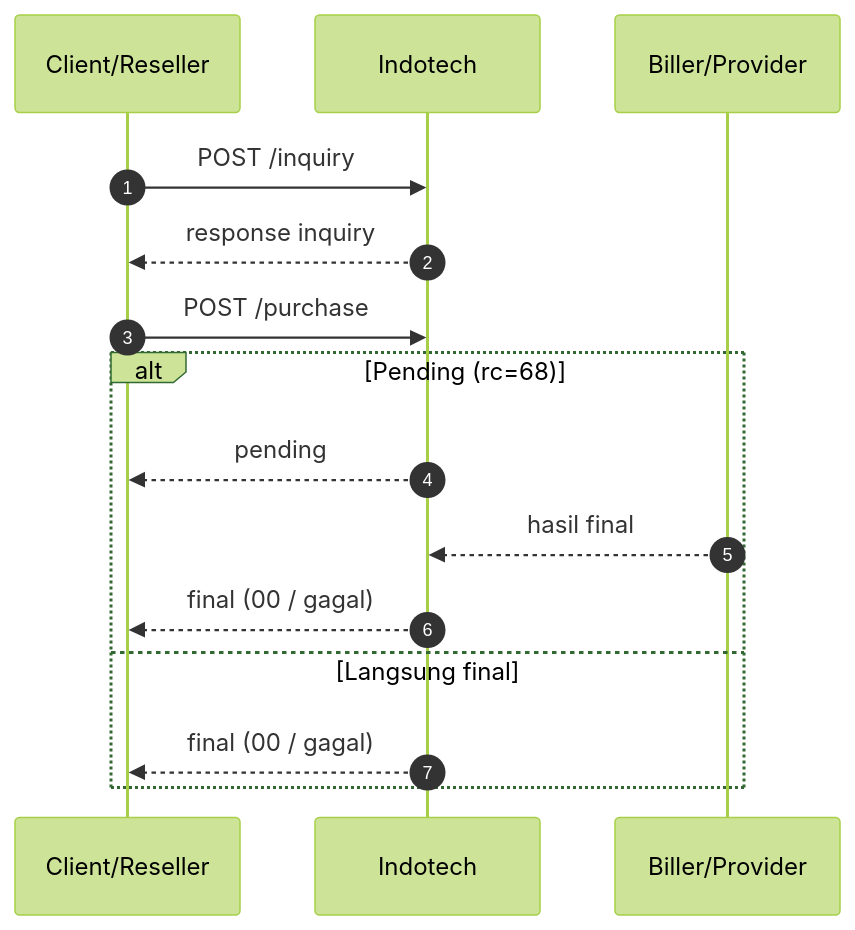
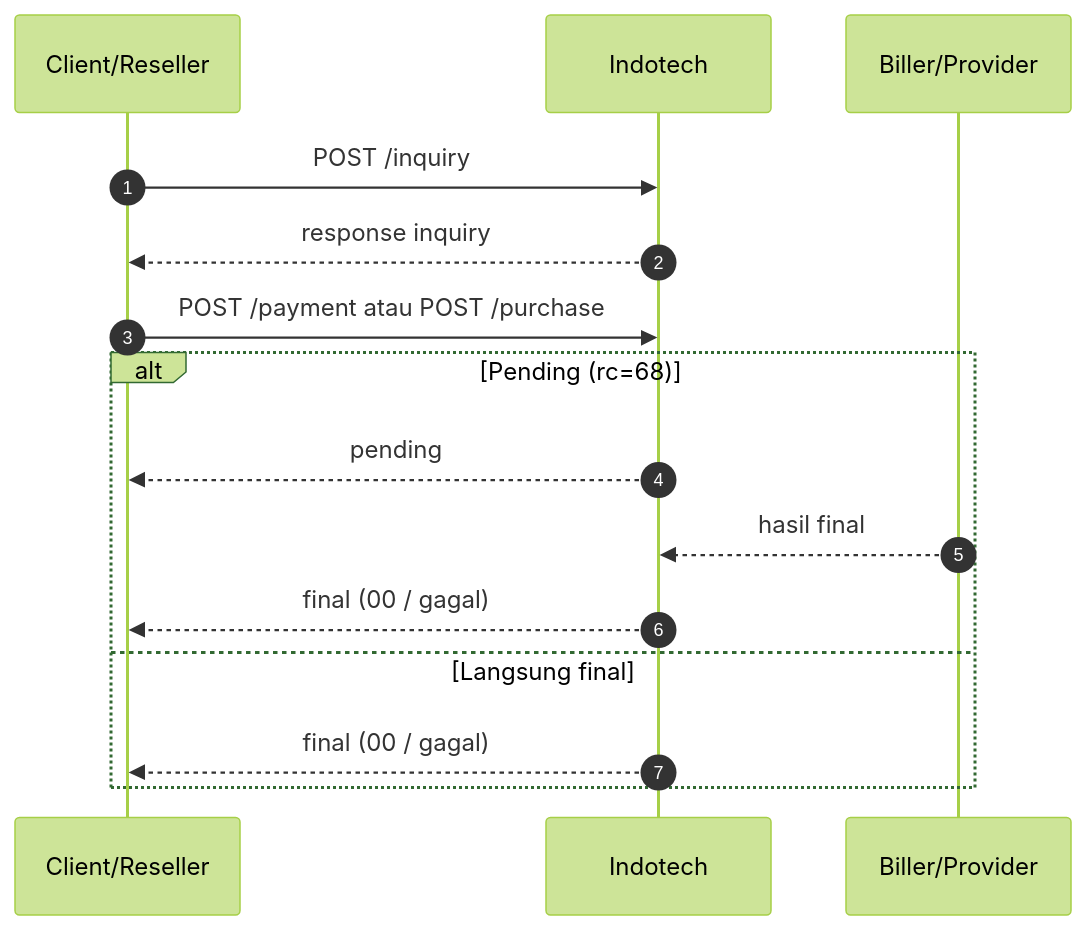
One commit to digiprosb/digiprosb-api-documentation changed the second of 2 diagrams in doc/02-persiapan-integrasi.md. Above: the diagram before and after it, drawn with Mermaid (forest theme). The commit also changed other lines of this file and 12 other files, not shown here.

````diff
--- a/doc/02-persiapan-integrasi.md
+++ b/doc/02-persiapan-integrasi.md
@@ -93,18 +93,18 @@
 ```mermaid
 sequenceDiagram
   autonumber
   participant Client as Client/Reseller
   participant Indotech as Indotech
   participant Biller as Biller/Provider
 
   Client->>Indotech: POST /inquiry
   Indotech-->>Client: response inquiry
-  Client->>Indotech: POST /purchase
+  Client->>Indotech: POST /payment atau POST /purchase
   alt Pending (rc=68)
     Indotech-->>Client: pending
     Biller-->>Indotech: hasil final
     Indotech-->>Client: final (00 / gagal)
   else Langsung final
     Indotech-->>Client: final (00 / gagal)
   end
 ```
````
